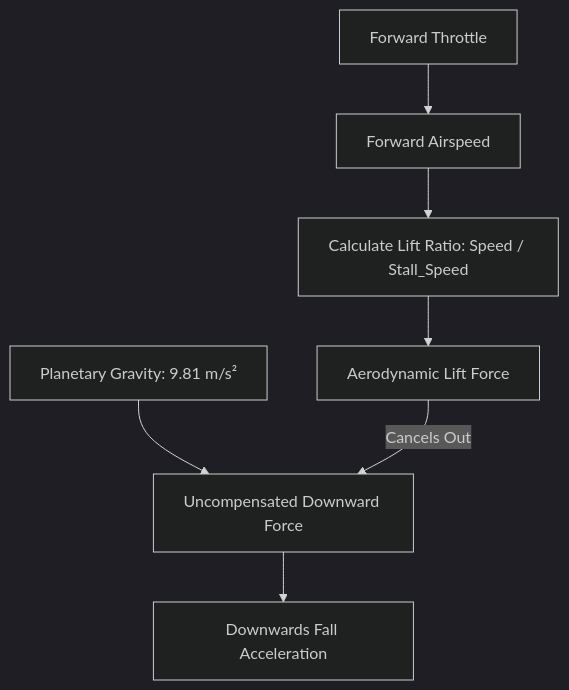
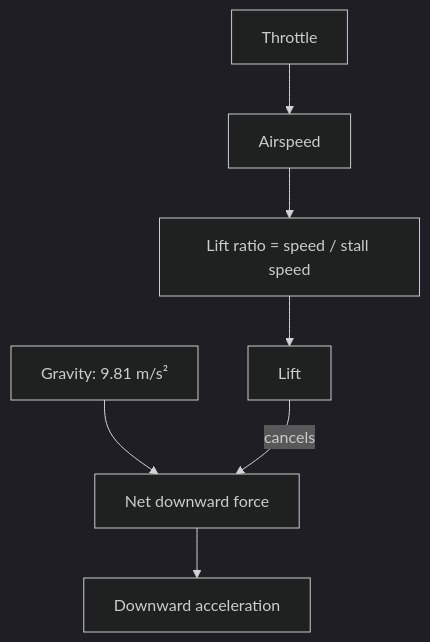
Before and after one commit to bokk3/Vanguard: the diagram in docs/CONTROLS_AND_PHYSICS.md, drawn with Mermaid (dark theme). The commit also changed other lines of this file and 63 other files, not shown here.

````diff
--- a/docs/CONTROLS_AND_PHYSICS.md
+++ b/docs/CONTROLS_AND_PHYSICS.md
@@ -16,9 +22,9 @@
 ```mermaid
 graph TD
-    Throttle[Forward Throttle] --> Speed[Forward Airspeed]
-    Speed --> LiftCalc[Calculate Lift Ratio: Speed / Stall_Speed]
-    LiftCalc --> LiftForce[Aerodynamic Lift Force]
-    Gravity[Planetary Gravity: 9.81 m/s²] --> NetGravity[Uncompensated Downward Force]
-    LiftForce -->|Cancels Out| NetGravity
-    NetGravity --> VerticalVel[Downwards Fall Acceleration]
+    Throttle[Throttle] --> Speed[Airspeed]
+    Speed --> LiftCalc[Lift ratio = speed / stall speed]
+    LiftCalc --> LiftForce[Lift]
+    Gravity[Gravity: 9.81 m/s²] --> NetGravity[Net downward force]
+    LiftForce -->|cancels| NetGravity
+    NetGravity --> VerticalVel[Downward acceleration]
 ```
````
